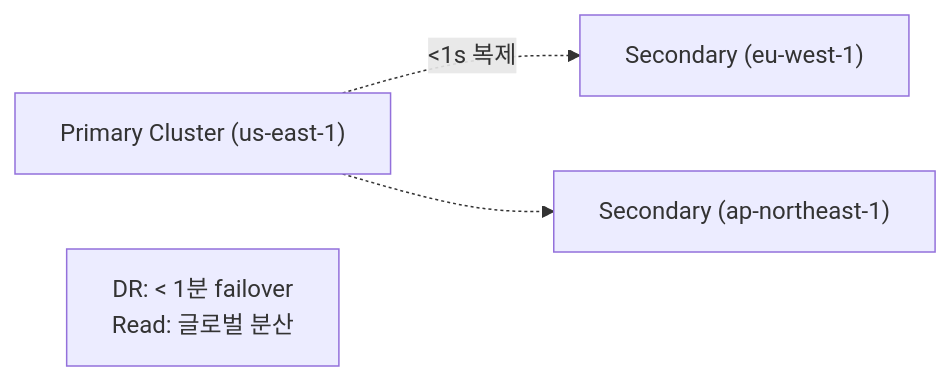
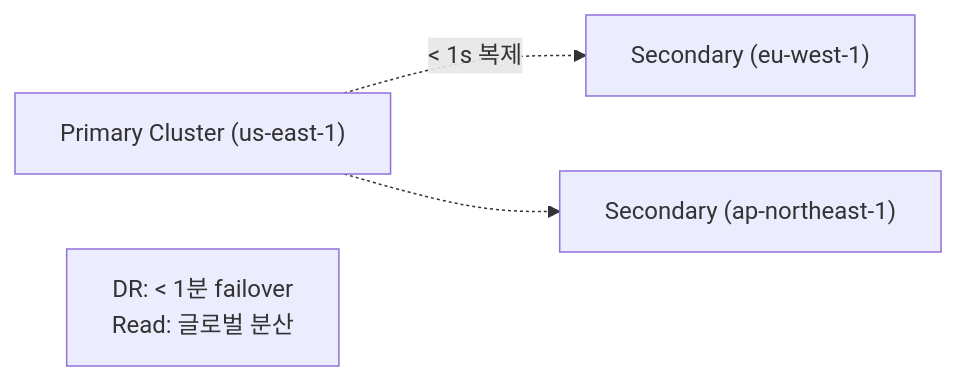
One commit to shinkeonkim/shinkeonkim.github.io changed the fifth of 6 diagrams in src/content/wiki/cloud/aws-rds-multi-az.mdx. Above: the diagram before and after it, drawn with Mermaid. The commit also changed other lines of this file and 526 other files, not shown here.

First line of the commit message:
content(wiki): 전수조사 및 대규모 보강 (짧은 파일 0, mermaid +645)

````diff
--- a/src/content/wiki/cloud/aws-rds-multi-az.mdx
+++ b/src/content/wiki/cloud/aws-rds-multi-az.mdx
@@ -101,7 +101,7 @@
 ```mermaid
 flowchart LR
     Primary["Primary Cluster (us-east-1)"]
-    Primary -.<1s 복제.-> Sec1["Secondary (eu-west-1)"]
+    Primary -.< 1s 복제.-> Sec1["Secondary (eu-west-1)"]
     Primary -.-> Sec2["Secondary (ap-northeast-1)"]
     Note["DR: < 1분 failover<br/>Read: 글로벌 분산"]
 ```
````
